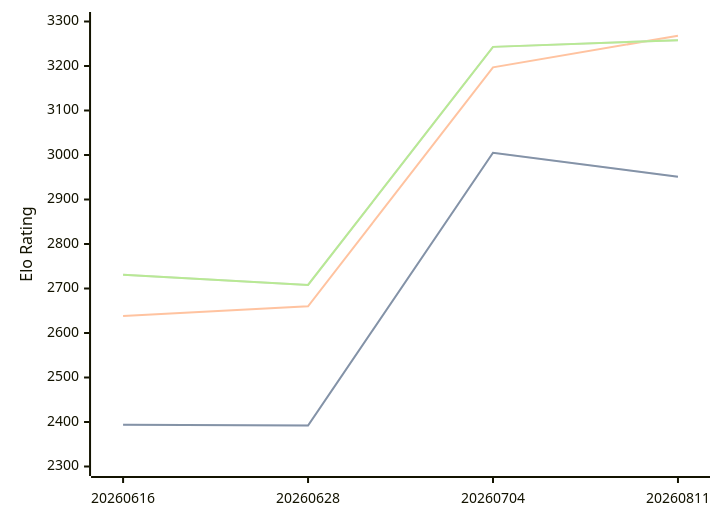
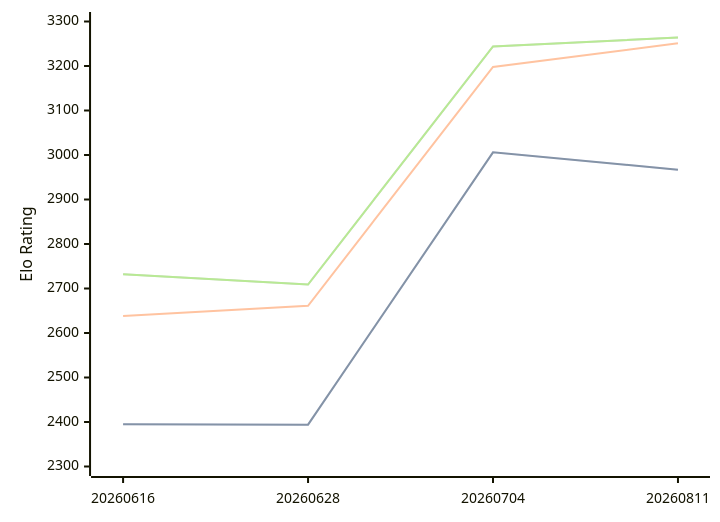
Before and after one commit to computer-chess-index/cci: the diagram in engines/Askaig.md, drawn with Mermaid. The commit also changed other lines of this file, not shown here.

Commit message:
Update CCI Ratings (ELO VLTC) - 2026-08-15

````diff
--- a/engines/Askaig.md
+++ b/engines/Askaig.md
@@ -36,11 +36,11 @@
 ```mermaid
 %%{init: {"theme":"base","themeVariables":{"seriesColors:['#a3a3a3','#222221','#faa371']}}}%%
 xychart-beta
   x-axis ["20260616", "20260628", "20260704", "20260811"]
   y-axis "Elo Rating" 2300 --> 3300
-  line "STC (8.0+0.08s)" [2394, 2392, 3005, 2951]
-  line "STC (8.0+0.08s)" [2394, 2392, 3005, 2951]
-  line "LTC (60.0+0.60s)" [2638, 2660, 3197, 3268]
-  line "VLTC (2m24s+1.12s)" [2731, 2708, 3243, 3258]
-  line "VLTC (2m24s+1.12s)" [2731, 2708, 3243, 3258]
+  line "STC (8.0+0.08s)" [2395, 2394, 3006, 2967]
+  line "STC (8.0+0.08s)" [2395, 2394, 3006, 2967]
+  line "LTC (60.0+0.60s)" [2638, 2661, 3198, 3251]
+  line "VLTC (2m24s+1.12s)" [2732, 2709, 3244, 3264]
+  line "VLTC (2m24s+1.12s)" [2732, 2709, 3244, 3264]
 ```
````
